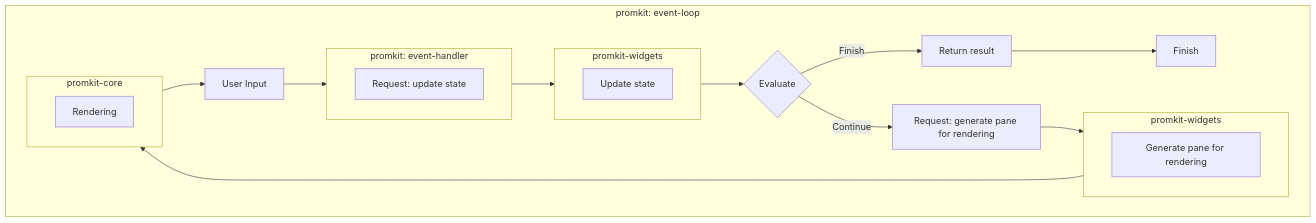
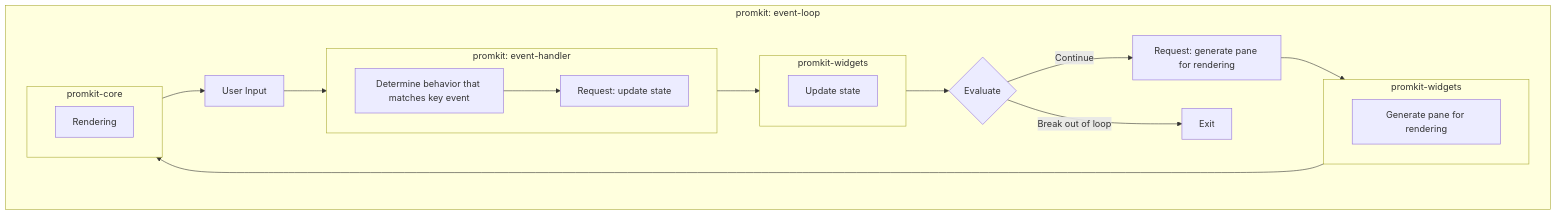
One commit to ynqa/promkit changed the diagram in Concept.md. Above: the diagram before and after it, drawn with Mermaid.

Commit message:
docs: add a block representing determine the behaviors

````diff
--- a/Concept.md
+++ b/Concept.md
@@ -62,37 +62,36 @@
 ```mermaid
 flowchart LR
     subgraph promkit["promkit: event-loop"]
         direction LR
-        A[User Input] --> D[Request: update state]
+        A[User Input] --> L[Determine behavior that matches key event]
 
         subgraph B_event["promkit: event-handler"]
             direction LR
-            D[Request: update state]
+            L[Determine behavior that matches key event] --> D[Request: update state]
         end
 
         D --> F[Update state]
 
         subgraph update_state["promkit-widgets"]
             direction LR
             F[Update state]
         end
 
         F --> C{Evaluate}
         C -->|Continue| G[Request: generate pane for rendering]
         G[Request: generate pane for rendering] --> output_pane
-        C -->|Finish| E[Return result]
-        E --> K[Finish]
+        C -->|Break out of loop| E[Exit]
         
         subgraph gen_pane["promkit-widgets"]
             direction LR
             output_pane[Generate pane for rendering]
         end
 
         subgraph promkit_core["promkit-core"]
             direction LR
             output_pane --> H[Rendering]
         end
 
         H --> A
     end
 ```
````
